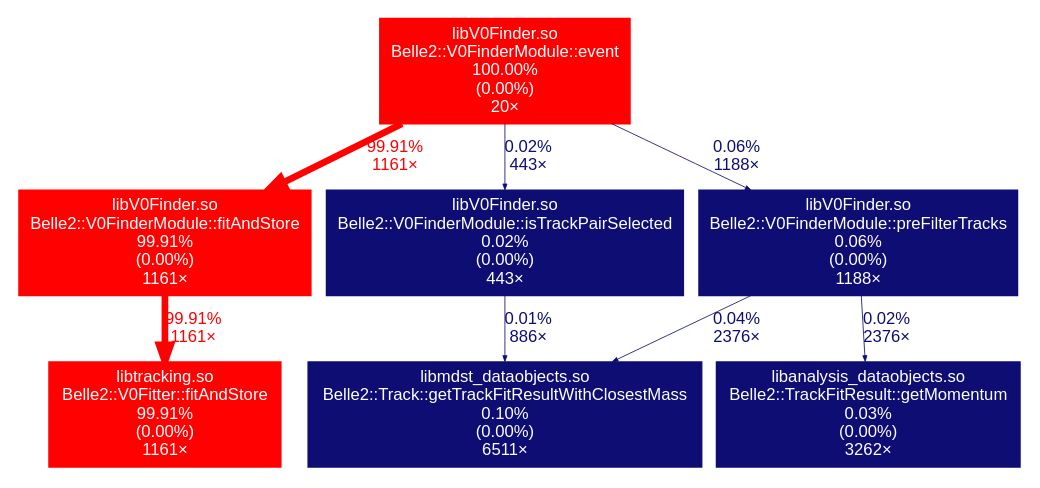
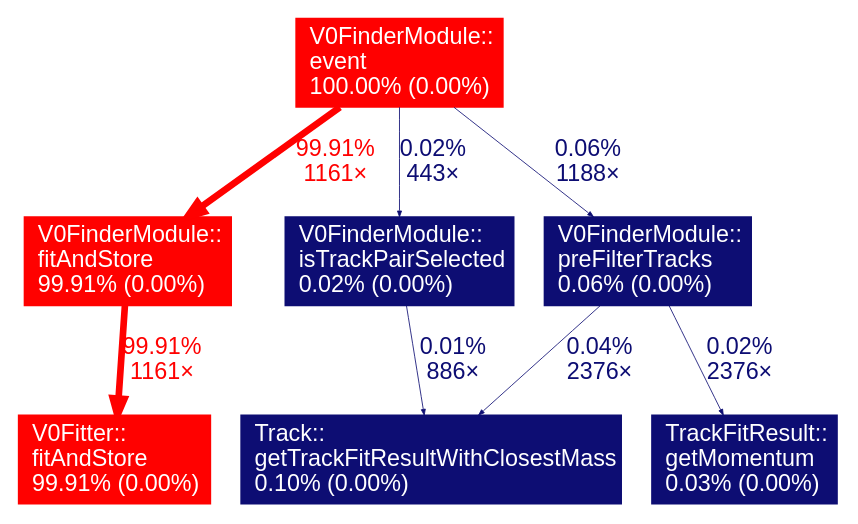
The diagram in profiling-v0fitter/050e500/v0finder-call-graph.dot (philipobi-bachelor/profiling), drawn with Graphviz before and after one commit. The commit also changed 19 other files, not shown here.

```diff
--- a/profiling-v0fitter/050e500/v0finder-call-graph.dot
+++ b/profiling-v0fitter/050e500/v0finder-call-graph.dot
@@ -1,20 +1,66 @@
 digraph {
-	tooltip=" "
-	graph [fontname=Arial, nodesep=0.125, ranksep=0.25];
-	node [fontcolor=white, fontname=Arial, height=0, shape=box, style=filled, width=0];
+	graph [fontname=Arial];
+	node [fontcolor=white,
+		fontname=Arial,
+		label="\N",
+		shape=box,
+		style=filled
+	];
 	edge [fontname=Arial];
-	"Belle2::Track::getTrackFitResultWithClosestMass(Belle2::Const::ChargedStable const&) const" [color="#0d0d73", fontcolor="#ffffff", fontsize="10.00", label="libmdst_dataobjects.so\nBelle2::Track::getTrackFitResultWithClosestMass\n0.10%\n(0.00%)\n6511×"];
-	"Belle2::TrackFitResult::getMomentum() const" [color="#0d0d73", fontcolor="#ffffff", fontsize="10.00", label="libanalysis_dataobjects.so\nBelle2::TrackFitResult::getMomentum\n0.03%\n(0.00%)\n3262×"];
-	"Belle2::V0FinderModule::event()" [color="#ff0000", fontcolor="#ffffff", fontsize="10.00", label="libV0Finder.so\nBelle2::V0FinderModule::event\n100.00%\n(0.00%)\n20×"];
-	"Belle2::V0FinderModule::event()" -> "Belle2::V0FinderModule::fitAndStore(Belle2::Track const*, Belle2::Track const*, Belle2::Const::ParticleType const&)" [arrowsize="1.00", color="#ff0100", fontcolor="#ff0100", fontsize="10.00", label="99.91%\n1161×", labeldistance="4.00", penwidth="4.00"];
-	"Belle2::V0FinderModule::event()" -> "Belle2::V0FinderModule::isTrackPairSelected(Belle2::Track const*, Belle2::Track const*)" [arrowsize="0.35", color="#0d0d73", fontcolor="#0d0d73", fontsize="10.00", label="0.02%\n443×", labeldistance="0.50", penwidth="0.50"];
-	"Belle2::V0FinderModule::event()" -> "Belle2::V0FinderModule::preFilterTracks(Belle2::Track const*, Belle2::Track const*, Belle2::Const::ParticleType const&)" [arrowsize="0.35", color="#0d0d73", fontcolor="#0d0d73", fontsize="10.00", label="0.06%\n1188×", labeldistance="0.50", penwidth="0.50"];
-	"Belle2::V0FinderModule::fitAndStore(Belle2::Track const*, Belle2::Track const*, Belle2::Const::ParticleType const&)" [color="#ff0100", fontcolor="#ffffff", fontsize="10.00", label="libV0Finder.so\nBelle2::V0FinderModule::fitAndStore\n99.91%\n(0.00%)\n1161×"];
-	"Belle2::V0FinderModule::fitAndStore(Belle2::Track const*, Belle2::Track const*, Belle2::Const::ParticleType const&)" -> "Belle2::V0Fitter::fitAndStore(Belle2::Track const*, Belle2::Track const*, Belle2::Const::ParticleType const&, bool&, bool&)" [arrowsize="1.00", color="#ff0100", fontcolor="#ff0100", fontsize="10.00", label="99.91%\n1161×", labeldistance="4.00", penwidth="4.00"];
-	"Belle2::V0FinderModule::isTrackPairSelected(Belle2::Track const*, Belle2::Track const*)" [color="#0d0d73", fontcolor="#ffffff", fontsize="10.00", label="libV0Finder.so\nBelle2::V0FinderModule::isTrackPairSelected\n0.02%\n(0.00%)\n443×"];
-	"Belle2::V0FinderModule::isTrackPairSelected(Belle2::Track const*, Belle2::Track const*)" -> "Belle2::Track::getTrackFitResultWithClosestMass(Belle2::Const::ChargedStable const&) const" [arrowsize="0.35", color="#0d0d73", fontcolor="#0d0d73", fontsize="10.00", label="0.01%\n886×", labeldistance="0.50", penwidth="0.50"];
-	"Belle2::V0FinderModule::preFilterTracks(Belle2::Track const*, Belle2::Track const*, Belle2::Const::ParticleType const&)" [color="#0d0d73", fontcolor="#ffffff", fontsize="10.00", label="libV0Finder.so\nBelle2::V0FinderModule::preFilterTracks\n0.06%\n(0.00%)\n1188×"];
-	"Belle2::V0FinderModule::preFilterTracks(Belle2::Track const*, Belle2::Track const*, Belle2::Const::ParticleType const&)" -> "Belle2::Track::getTrackFitResultWithClosestMass(Belle2::Const::ChargedStable const&) const" [arrowsize="0.35", color="#0d0d73", fontcolor="#0d0d73", fontsize="10.00", label="0.04%\n2376×", labeldistance="0.50", penwidth="0.50"];
-	"Belle2::V0FinderModule::preFilterTracks(Belle2::Track const*, Belle2::Track const*, Belle2::Const::ParticleType const&)" -> "Belle2::TrackFitResult::getMomentum() const" [arrowsize="0.35", color="#0d0d73", fontcolor="#0d0d73", fontsize="10.00", label="0.02%\n2376×", labeldistance="0.50", penwidth="0.50"];
-	"Belle2::V0Fitter::fitAndStore(Belle2::Track const*, Belle2::Track const*, Belle2::Const::ParticleType const&, bool&, bool&)" [color="#ff0100", fontcolor="#ffffff", fontsize="10.00", label="libtracking.so\nBelle2::V0Fitter::fitAndStore\n99.91%\n(0.00%)\n1161×"];
+	"Belle2::Track::getTrackFitResultWithClosestMass(Belle2::Const::ChargedStable const&) const"	[color="#0d0d73",
+		fontcolor="#ffffff",
+		label="Track::\lgetTrackFitResultWithClosestMass\l0.10% (0.00%)\l"];
+	"Belle2::TrackFitResult::getMomentum() const"	[color="#0d0d73",
+		fontcolor="#ffffff",
+		label="TrackFitResult::\lgetMomentum\l0.03% (0.00%)\l"];
+	"Belle2::V0FinderModule::event()"	[color="#ff0000",
+		fontcolor="#ffffff",
+		label="V0FinderModule::\levent\l100.00% (0.00%)\l"];
+	"Belle2::V0FinderModule::fitAndStore(Belle2::Track const*, Belle2::Track const*, Belle2::Const::ParticleType const&)"	[color="#ff0100",
+		fontcolor="#ffffff",
+		label="V0FinderModule::\lfitAndStore\l99.91% (0.00%)\l"];
+	"Belle2::V0FinderModule::event()" -> "Belle2::V0FinderModule::fitAndStore(Belle2::Track const*, Belle2::Track const*, Belle2::Const::ParticleType const&)"	[arrowsize=1.00,
+		color="#ff0100",
+		fontcolor="#ff0100",
+		label="99.91%\n1161×",
+		penwidth=4.00];
+	"Belle2::V0FinderModule::isTrackPairSelected(Belle2::Track const*, Belle2::Track const*)"	[color="#0d0d73",
+		fontcolor="#ffffff",
+		label="V0FinderModule::\lisTrackPairSelected\l0.02% (0.00%)\l"];
+	"Belle2::V0FinderModule::event()" -> "Belle2::V0FinderModule::isTrackPairSelected(Belle2::Track const*, Belle2::Track const*)"	[arrowsize=0.35,
+		color="#0d0d73",
+		fontcolor="#0d0d73",
+		label="0.02%\n443×",
+		penwidth=0.50];
+	"Belle2::V0FinderModule::preFilterTracks(Belle2::Track const*, Belle2::Track const*, Belle2::Const::ParticleType const&)"	[color="#0d0d73",
+		fontcolor="#ffffff",
+		label="V0FinderModule::\lpreFilterTracks\l0.06% (0.00%)\l"];
+	"Belle2::V0FinderModule::event()" -> "Belle2::V0FinderModule::preFilterTracks(Belle2::Track const*, Belle2::Track const*, Belle2::Const::ParticleType const&)"	[arrowsize=0.35,
+		color="#0d0d73",
+		fontcolor="#0d0d73",
+		label="0.06%\n1188×",
+		penwidth=0.50];
+	"Belle2::V0Fitter::fitAndStore(Belle2::Track const*, Belle2::Track const*, Belle2::Const::ParticleType const&, bool&, bool&)"	[color="#ff0100",
+		fontcolor="#ffffff",
+		label="V0Fitter::\lfitAndStore\l99.91% (0.00%)\l"];
+	"Belle2::V0FinderModule::fitAndStore(Belle2::Track const*, Belle2::Track const*, Belle2::Const::ParticleType const&)" -> "Belle2::V0Fitter::fitAndStore(Belle2::Track const*, Belle2::Track const*, Belle2::Const::ParticleType const&, bool&, bool&)"	[arrowsize=1.00,
+		color="#ff0100",
+		fontcolor="#ff0100",
+		label="99.91%\n1161×",
+		penwidth=4.00];
+	"Belle2::V0FinderModule::isTrackPairSelected(Belle2::Track const*, Belle2::Track const*)" -> "Belle2::Track::getTrackFitResultWithClosestMass(Belle2::Const::ChargedStable const&) const"	[arrowsize=0.35,
+		color="#0d0d73",
+		fontcolor="#0d0d73",
+		label="0.01%\n886×",
+		penwidth=0.50];
+	"Belle2::V0FinderModule::preFilterTracks(Belle2::Track const*, Belle2::Track const*, Belle2::Const::ParticleType const&)" -> "Belle2::Track::getTrackFitResultWithClosestMass(Belle2::Const::ChargedStable const&) const"	[arrowsize=0.35,
+		color="#0d0d73",
+		fontcolor="#0d0d73",
+		label="0.04%\n2376×",
+		penwidth=0.50];
+	"Belle2::V0FinderModule::preFilterTracks(Belle2::Track const*, Belle2::Track const*, Belle2::Const::ParticleType const&)" -> "Belle2::TrackFitResult::getMomentum() const"	[arrowsize=0.35,
+		color="#0d0d73",
+		fontcolor="#0d0d73",
+		label="0.02%\n2376×",
+		penwidth=0.50];
 }
```
